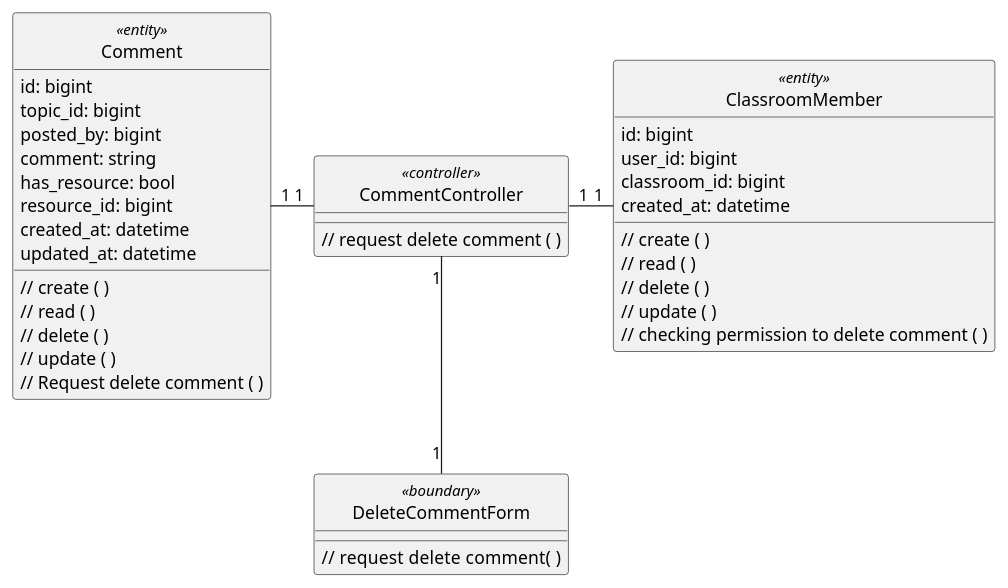
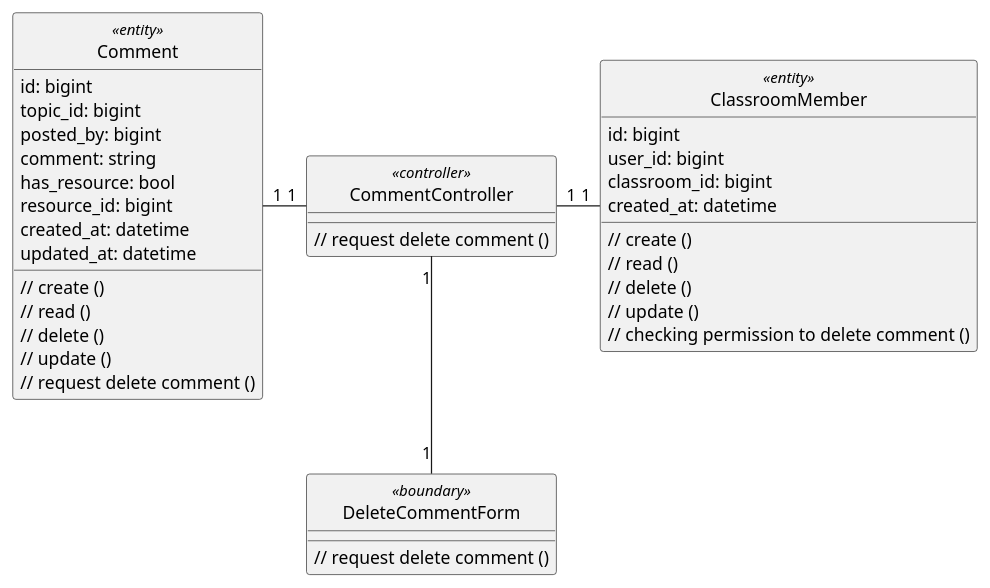
Before and after one commit to anonyhostvn/OOAD-Diagram: the diagram in class - analysis/comment/deleteComment.plantuml, drawn with PlantUML. The commit also changed 18 other files, not shown here.

```diff
--- a/class - analysis/comment/deleteComment.plantuml
+++ b/class - analysis/comment/deleteComment.plantuml
@@ -1,51 +1,51 @@
 @startuml deleteComment
 
 class Comment <<entity>> {
     id: bigint
     topic_id: bigint
     posted_by: bigint
     comment: string
     has_resource: bool
     resource_id: bigint
     created_at: datetime
     updated_at: datetime
 
-    // create ( )
-    // read ( )
-    // delete ( )
-    // update ( )
-    // Request delete comment ( )
+    // create ()
+    // read ()
+    // delete ()
+    // update ()
+    // request delete comment ()
 }
 
 class ClassroomMember <<entity>> {
     id: bigint
     user_id: bigint
     classroom_id: bigint
     created_at: datetime
 
-    // create ( )
-    // read ( )
-    // delete ( )
-    // update ( )
-    // checking permission to delete comment ( )
+    // create ()
+    // read ()
+    // delete ()
+    // update ()
+    // checking permission to delete comment ()
 }
 
 class DeleteCommentForm <<boundary>> {
-    // request delete  comment( )
+    // request delete comment ()
 }
 
 class CommentController <<controller>> {
-    // request delete comment ( )
+    // request delete comment ()
 }
 
 hide Comment <<entity>> circle
 hide DeleteCommentForm <<boundary>> circle
 hide CommentController <<controller>> circle
 
 CommentController "1" -left- "1" Comment
 CommentController "1" -right- "1" ClassroomMember
 CommentController "1" -down- "1" DeleteCommentForm
 
 
 
 @enduml
```
